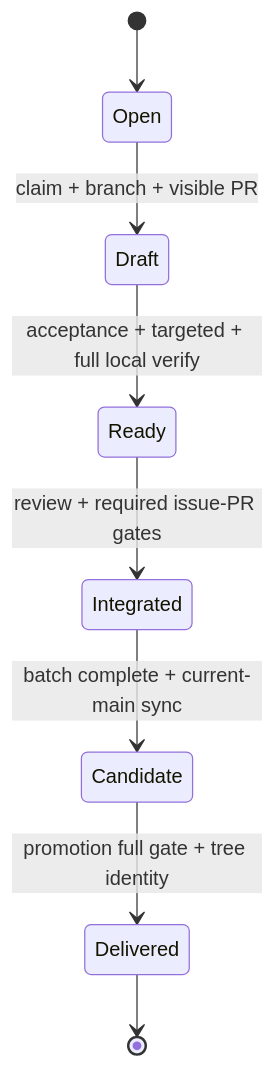
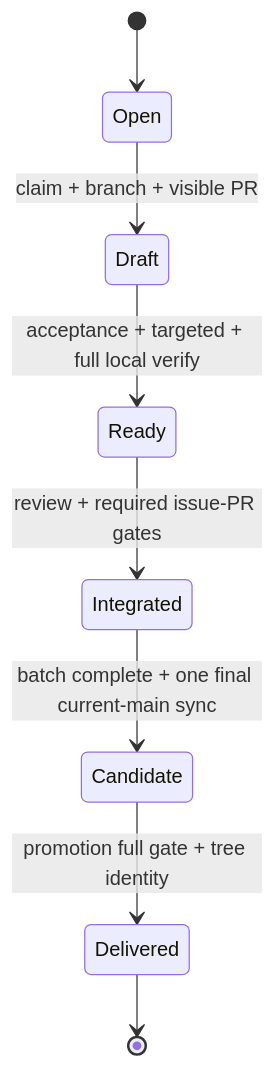
The first of 2 diagrams in docs/adr/low-friction-ai-sdlc.md (Innoguard-Cyber-Arch/csarc-repo-template), drawn with Mermaid before and after one commit. The commit also changed other lines of this file and 66 other files, not shown here.

````diff
--- a/docs/adr/low-friction-ai-sdlc.md
+++ b/docs/adr/low-friction-ai-sdlc.md
@@ -121,10 +124,10 @@
 ```mermaid
 stateDiagram-v2
     [*] --> Open
     Open --> Draft: claim + branch + visible PR
     Draft --> Ready: acceptance + targeted + full local verify
     Ready --> Integrated: review + required issue-PR gates
-    Integrated --> Candidate: batch complete + current-main sync
+    Integrated --> Candidate: batch complete + one final current-main sync
     Candidate --> Delivered: promotion full gate + tree identity
     Delivered --> [*]
 ```
````
